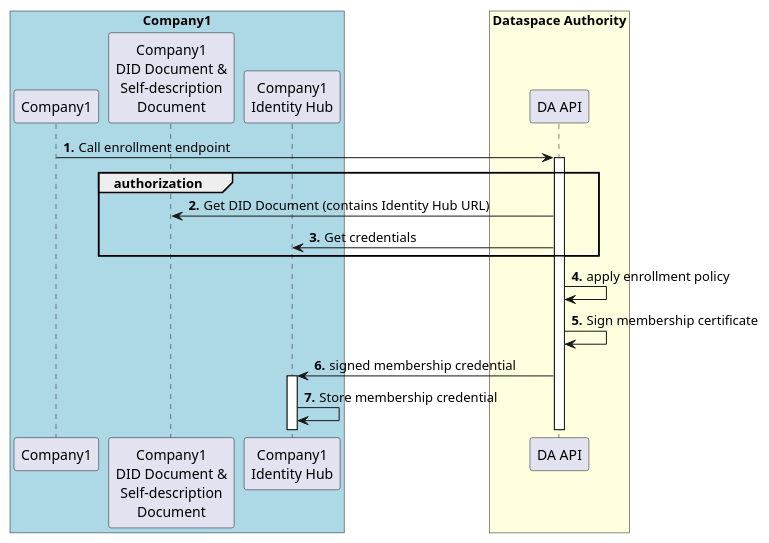
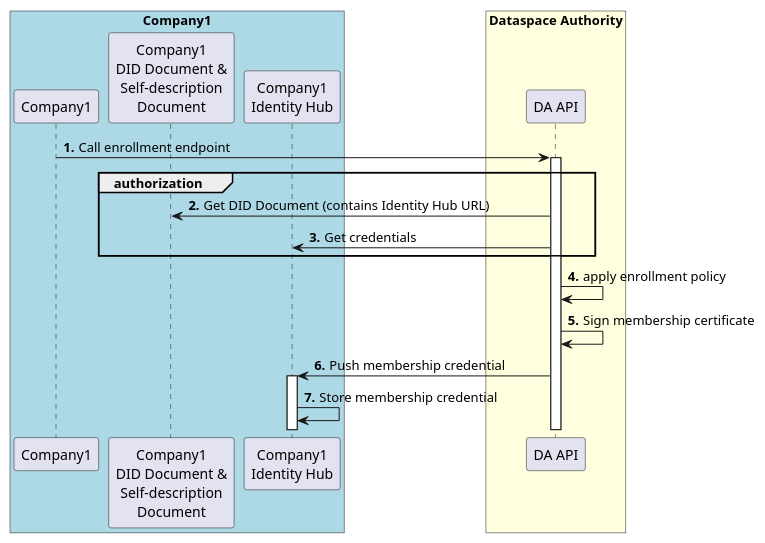
One commit to agera-edc/IdentityHubOld changed the diagram in docs/developer/decision-records/2022-06-08-identity-hub/onboarding.puml. Above: the diagram before and after it, drawn with PlantUML. The commit also changed 3 other files, not shown here.

Commit message:
Improve sequence diagrams

```diff
--- a/docs/developer/decision-records/2022-06-08-identity-hub/onboarding.puml
+++ b/docs/developer/decision-records/2022-06-08-identity-hub/onboarding.puml
@@ -1,23 +1,23 @@
 @startuml
 autonumber "<b>0'.'"
 box "Company1" #LightBlue
 Participant Company1
 Participant "Company1\nDID Document &\nSelf-description\nDocument" as DID1
 Participant "Company1\nIdentity Hub" as IDHUB1
 end box
 box "Dataspace Authority" #LightYellow
 Participant "DA API" as DA
 end box
 
 Company1 -> DA ++: Call enrollment endpoint
 group authorization
     DA -> DID1: Get DID Document (contains Identity Hub URL)
     DA -> IDHUB1: Get credentials
 end
 
 DA -> DA: apply enrollment policy
 DA -> DA: Sign membership certificate
-DA -> IDHUB1 ++: signed membership credential
+DA -> IDHUB1 ++: Push membership credential
 IDHUB1 -> IDHUB1: Store membership credential
 
 @enduml
```
